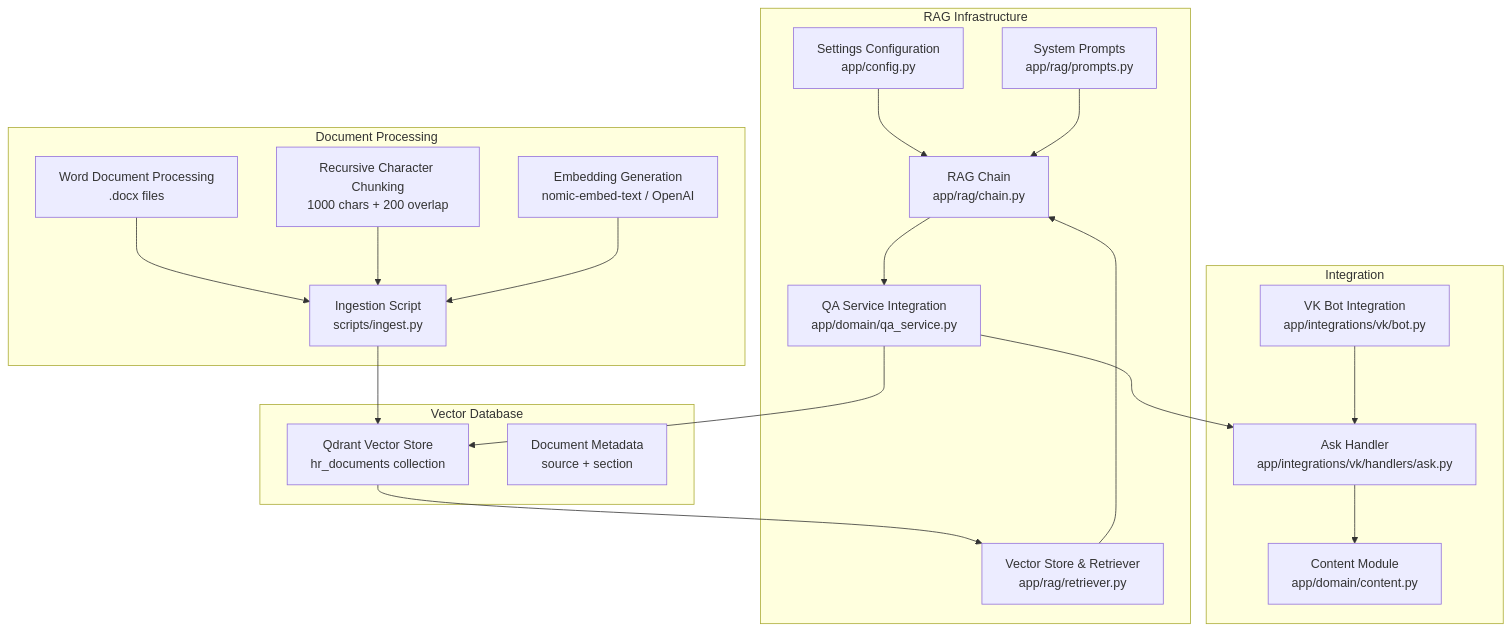
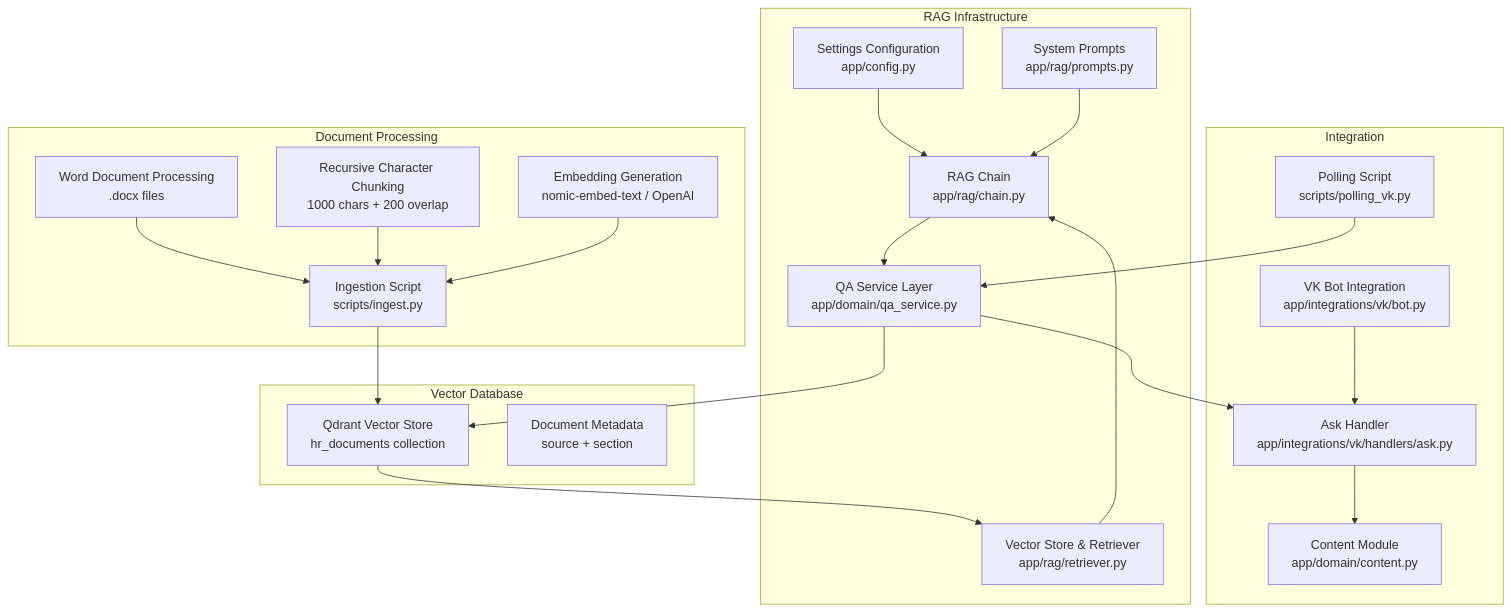
Before and after one commit to ognelis/cafetera_hr_bot: the first of 11 diagrams in .qoder/repowiki/en/content/RAG Integration.md, drawn with Mermaid. The commit also changed other lines of this file and 8 other files, not shown here.

````diff
--- a/.qoder/repowiki/en/content/RAG Integration.md
+++ b/.qoder/repowiki/en/content/RAG Integration.md
@@ -52,38 +55,40 @@
 ```mermaid
 graph TB
 subgraph "RAG Infrastructure"
 Config["Settings Configuration<br/>app/config.py"]
 Chain["RAG Chain<br/>app/rag/chain.py"]
 Prompts["System Prompts<br/>app/rag/prompts.py"]
 Retriever["Vector Store & Retriever<br/>app/rag/retriever.py"]
-QAService["QA Service Integration<br/>app/domain/qa_service.py"]
+QAService["QA Service Layer<br/>app/domain/qa_service.py"]
 end
 subgraph "Document Processing"
 Ingest["Ingestion Script<br/>scripts/ingest.py"]
 Docx["Word Document Processing<br/>.docx files"]
 Chunking["Recursive Character Chunking<br/>1000 chars + 200 overlap"]
 Embeddings["Embedding Generation<br/>nomic-embed-text / OpenAI"]
 end
 subgraph "Vector Database"
 Qdrant["Qdrant Vector Store<br/>hr_documents collection"]
 Metadata["Document Metadata<br/>source + section"]
 end
 subgraph "Integration"
 VKBot["VK Bot Integration<br/>app/integrations/vk/bot.py"]
 AskHandler["Ask Handler<br/>app/integrations/vk/handlers/ask.py"]
 Content["Content Module<br/>app/domain/content.py"]
+Polling["Polling Script<br/>scripts/polling_vk.py"]
 end
 Config --> Chain
 Chain --> QAService
 Prompts --> Chain
 Retriever --> Chain
 QAService --> Qdrant
 Docx --> Ingest
 Chunking --> Ingest
 Embeddings --> Ingest
 Ingest --> Qdrant
 Qdrant --> Retriever
 VKBot --> AskHandler
 AskHandler --> Content
 QAService --> AskHandler
+Polling --> QAService
 ```
````
